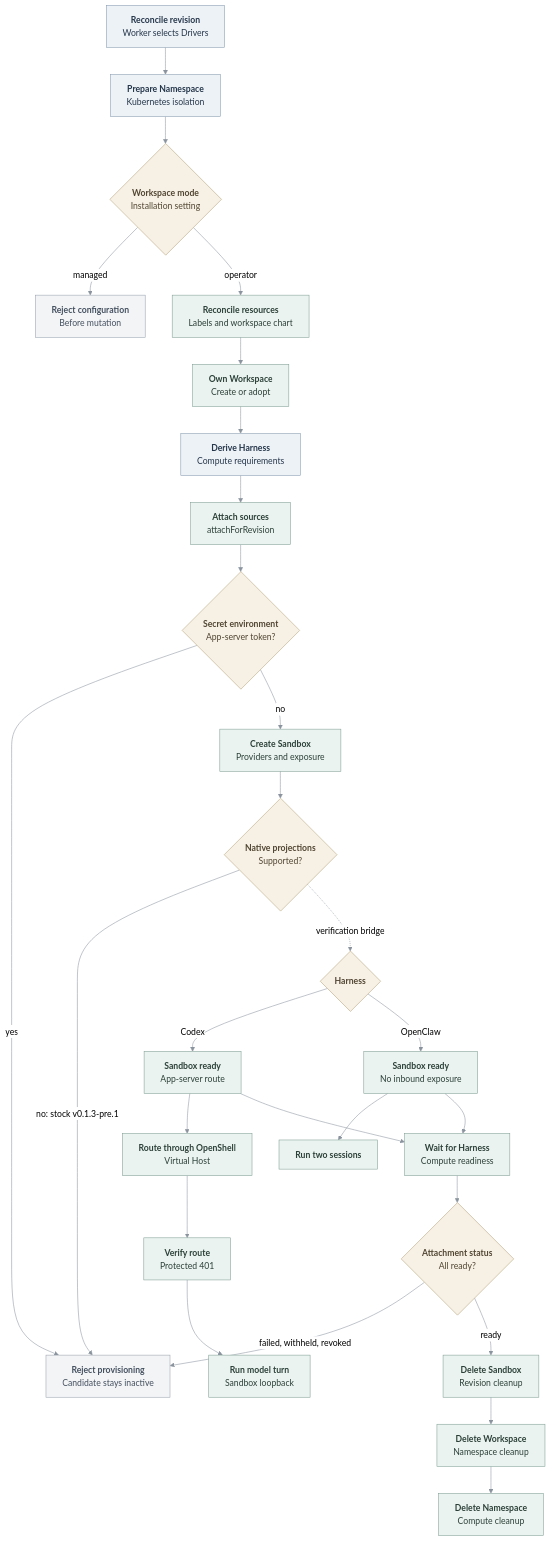
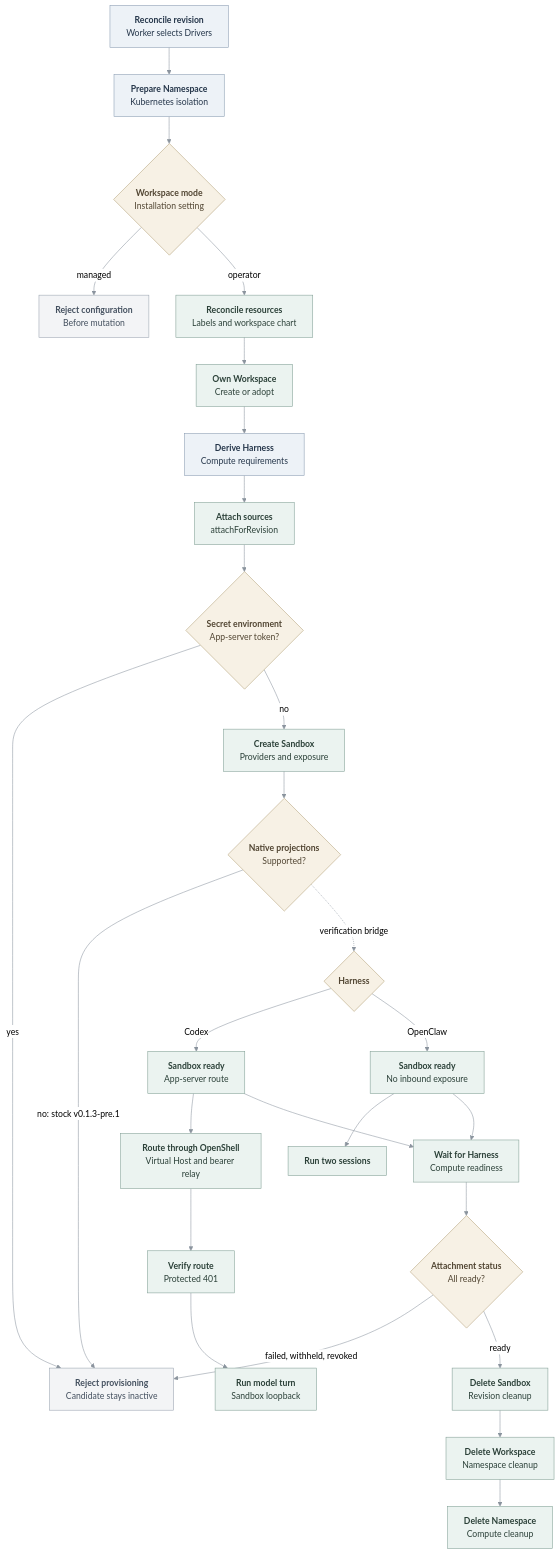
Before and after one commit to sallyom/openclaw-enterprise: the diagram in docs/flows/openshell-sandbox-provisioning.md, drawn with Mermaid (neutral theme). The commit also changed other lines of this file and 4 other files, not shown here.

````diff
--- a/docs/flows/openshell-sandbox-provisioning.md
+++ b/docs/flows/openshell-sandbox-provisioning.md
@@ -43,39 +43,39 @@
 ```mermaid
 graph TD
   A["<b>Reconcile revision</b><br/>Worker selects Drivers"] --> B["<b>Prepare Namespace</b><br/>Kubernetes isolation"]
   B --> C{"<b>Workspace mode</b><br/>Installation setting"}
   C -- "managed" --> X["<b>Reject configuration</b><br/>Before mutation"]
   C -- "operator" --> D["<b>Reconcile resources</b><br/>Labels and workspace chart"]
   D --> E["<b>Own Workspace</b><br/>Create or adopt"]
   E --> F["<b>Derive Harness</b><br/>Compute requirements"]
   F --> Q["<b>Attach sources</b><br/>attachForRevision"]
   Q --> G{"<b>Secret environment</b><br/>App-server token?"}
   G -- "yes" --> R["<b>Reject provisioning</b><br/>Candidate stays inactive"]
   G -- "no" --> H["<b>Create Sandbox</b><br/>Providers and exposure"]
   H --> I{"<b>Native projections</b><br/>Supported?"}
   I -- "no: stock v0.1.3-pre.1" --> R
   I -. "verification bridge" .-> V{"<b>Harness</b>"}
   V -- "Codex" --> J["<b>Sandbox ready</b><br/>App-server route"]
-  J --> W["<b>Route through OpenShell</b><br/>Virtual Host"]
+  J --> W["<b>Route through OpenShell</b><br/>Virtual Host and bearer relay"]
   W --> K["<b>Verify route</b><br/>Protected 401"]
   K --> L["<b>Run model turn</b><br/>Sandbox loopback"]
   V -- "OpenClaw" --> T["<b>Sandbox ready</b><br/>No inbound exposure"]
   T --> U["<b>Run two sessions</b>"]
   J --> M["<b>Wait for Harness</b><br/>Compute readiness"]
   M --> S{"<b>Attachment status</b><br/>All ready?"}
   S -- "failed, withheld, revoked" --> R
   S -- "ready" --> N["<b>Delete Sandbox</b><br/>Revision cleanup"]
   T --> M
   N --> O["<b>Delete Workspace</b><br/>Namespace cleanup"]
   O --> P["<b>Delete Namespace</b><br/>Compute cleanup"]
 
   classDef state fill:#EDF2F7,stroke:#879AB0,color:#25364A,stroke-width:1px
   classDef operation fill:#EBF3F0,stroke:#7F9D93,color:#2B4038,stroke-width:1px
   classDef gate fill:#F7F1E5,stroke:#B3A078,color:#514532,stroke-width:1px
   classDef blocked fill:#F3F4F6,stroke:#98A2AE,color:#44505F,stroke-width:1px
   class A,B,F state
   class D,E,Q,H,J,W,K,L,M,N,O,P,T,U operation
   class C,G,I,S,V gate
   class X,R blocked
   linkStyle default stroke:#8B949E,stroke-width:1px
 ```
````
